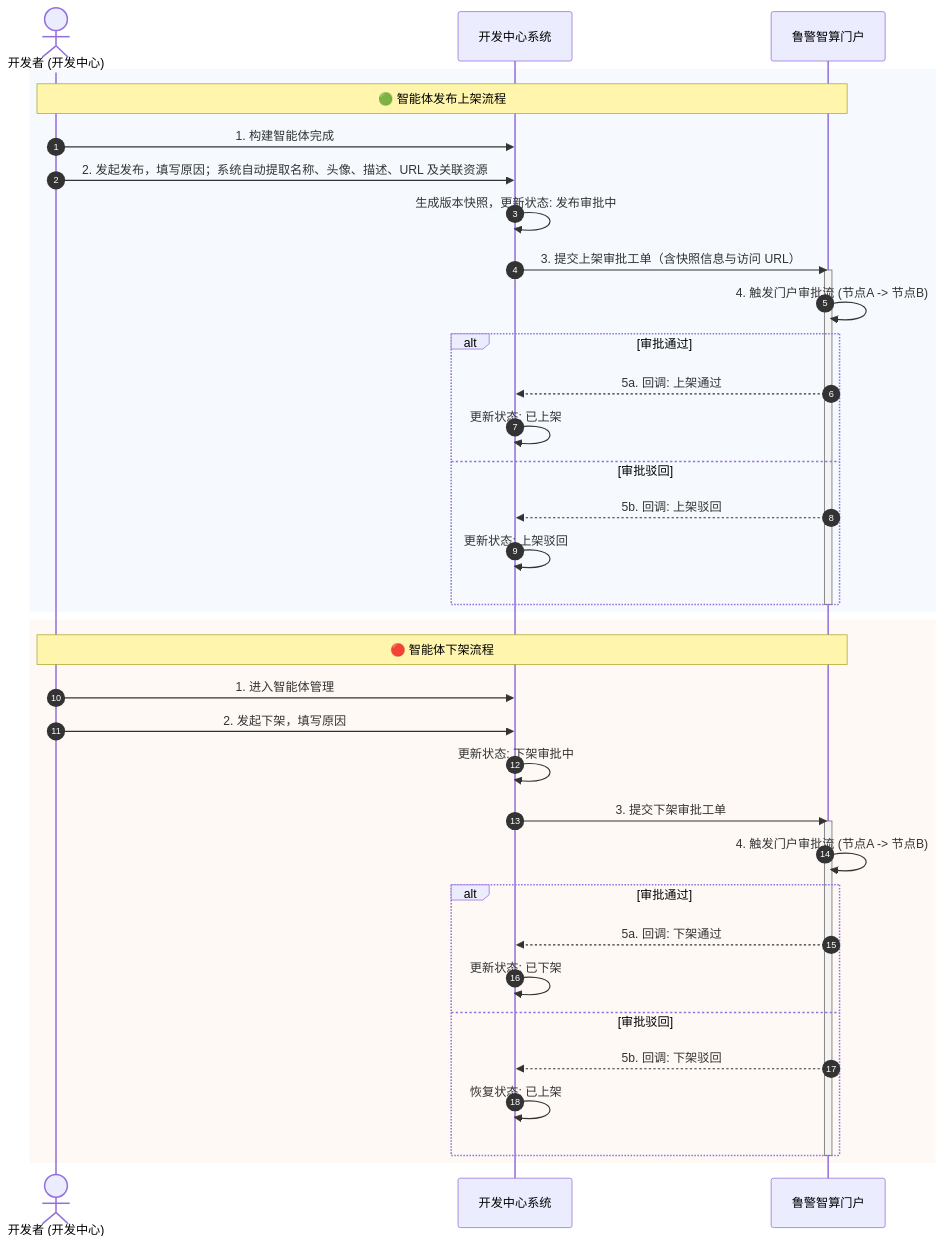
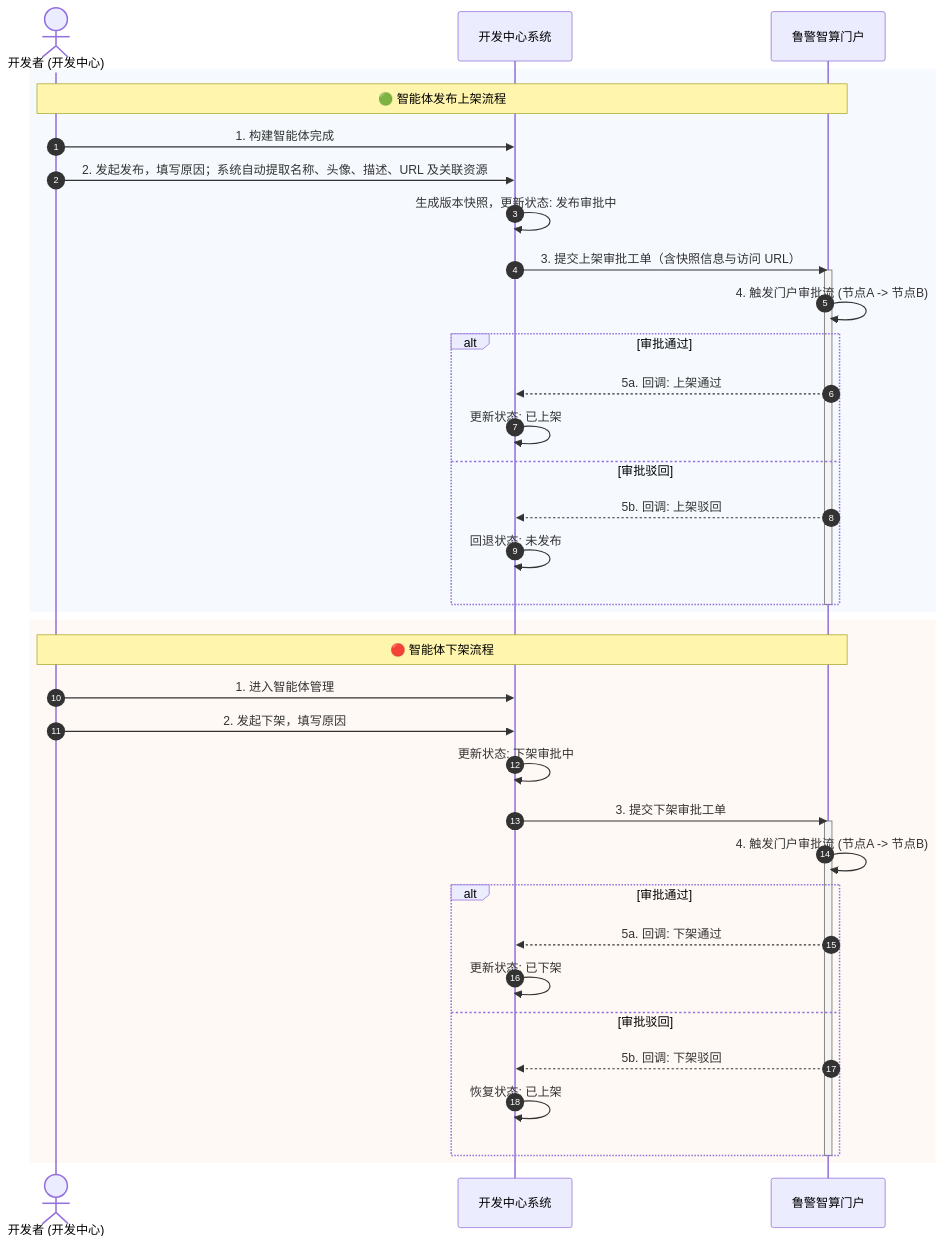
Before and after one commit to choosenmanguo-glitch/GA_Project_Demo_0628: the first of 3 diagrams in 需求方案/第三方门户发布渠道.md, drawn with Mermaid. The commit also changed other lines of this file and 20 other files, not shown here.

````diff
--- a/需求方案/第三方门户发布渠道.md
+++ b/需求方案/第三方门户发布渠道.md
@@ -15,45 +15,45 @@
 ```mermaid
 sequenceDiagram
     autonumber
     actor DevUser as 开发者 (开发中心)
     participant DevCenter as 开发中心系统
     participant Portal as 鲁警智算门户
 
     rect rgb(246, 250, 254)
     Note over DevUser,Portal: 🟢 智能体发布上架流程
     DevUser->>DevCenter: 1. 构建智能体完成
     DevUser->>DevCenter: 2. 发起发布，填写原因；系统自动提取名称、头像、描述、URL 及关联资源
     DevCenter->>DevCenter: 生成版本快照，更新状态: 发布审批中
     DevCenter->>Portal: 3. 提交上架审批工单（含快照信息与访问 URL）
     
     activate Portal
     Portal->>Portal: 4. 触发门户审批流 (节点A -> 节点B)
     alt 审批通过
         Portal-->>DevCenter: 5a. 回调: 上架通过
         DevCenter->>DevCenter: 更新状态: 已上架
     else 审批驳回
         Portal-->>DevCenter: 5b. 回调: 上架驳回
-        DevCenter->>DevCenter: 更新状态: 上架驳回
+        DevCenter->>DevCenter: 回退状态: 未发布
     end
     deactivate Portal
     end
 
     rect rgb(255, 249, 246)
     Note over DevUser,Portal: 🔴 智能体下架流程
     DevUser->>DevCenter: 1. 进入智能体管理
     DevUser->>DevCenter: 2. 发起下架，填写原因
     DevCenter->>DevCenter: 更新状态: 下架审批中
     DevCenter->>Portal: 3. 提交下架审批工单
     
     activate Portal
     Portal->>Portal: 4. 触发门户审批流 (节点A -> 节点B)
     alt 审批通过
         Portal-->>DevCenter: 5a. 回调: 下架通过
         DevCenter->>DevCenter: 更新状态: 已下架
     else 审批驳回
         Portal-->>DevCenter: 5b. 回调: 下架驳回
         DevCenter->>DevCenter: 恢复状态: 已上架
     end
     deactivate Portal
     end
 ```
````
